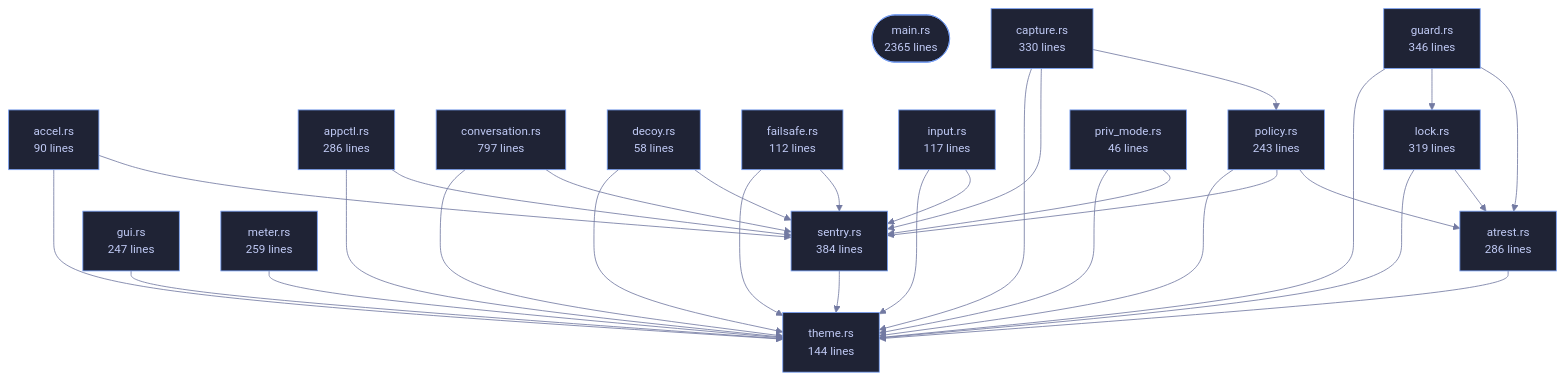
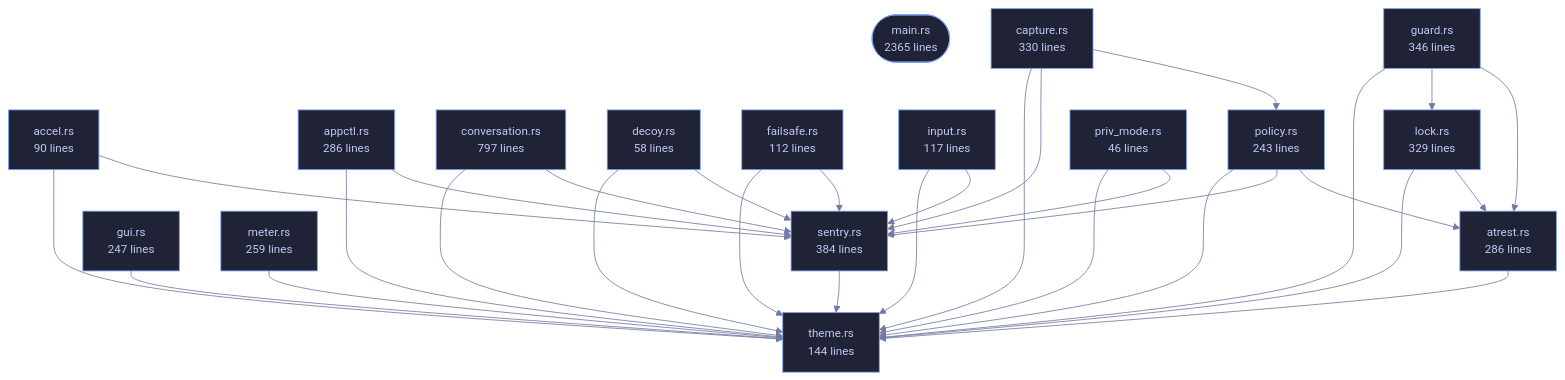
Before and after one commit to tilas01/veilvoice: the diagram in crates/veilvoice-cli/README.md, drawn with Mermaid. The commit also changed other lines of this file and 58 other files, not shown here.

````diff
--- a/crates/veilvoice-cli/README.md
+++ b/crates/veilvoice-cli/README.md
@@ -110,67 +110,67 @@
 ```mermaid
 %%{init: {"theme":"base","themeVariables":{"background":"#1a1b26","primaryColor":"#1f2335","primaryTextColor":"#c0caf5","primaryBorderColor":"#7aa2f7","secondaryColor":"#16161e","tertiaryColor":"#16161e","lineColor":"#737aa2","textColor":"#c0caf5","mainBkg":"#1f2335","nodeBorder":"#7aa2f7","clusterBkg":"#16161e","clusterBorder":"#2f3549","fontFamily":"ui-monospace, SFMono-Regular, Consolas, monospace","fontSize":"14px"}}}%%
 flowchart TD
     n_main(["main.rs<br/>2365 lines"])
     n_accel["accel.rs<br/>90 lines"]
     n_appctl["appctl.rs<br/>286 lines"]
     n_atrest["atrest.rs<br/>286 lines"]
     n_capture["capture.rs<br/>330 lines"]
     n_conversation["conversation.rs<br/>797 lines"]
     n_decoy["decoy.rs<br/>58 lines"]
     n_failsafe["failsafe.rs<br/>112 lines"]
     n_guard["guard.rs<br/>346 lines"]
     n_gui["gui.rs<br/>247 lines"]
     n_input["input.rs<br/>117 lines"]
-    n_lock["lock.rs<br/>319 lines"]
+    n_lock["lock.rs<br/>329 lines"]
     n_meter["meter.rs<br/>259 lines"]
     n_policy["policy.rs<br/>243 lines"]
     n_priv_mode["priv_mode.rs<br/>46 lines"]
     n_sentry["sentry.rs<br/>384 lines"]
     n_theme["theme.rs<br/>144 lines"]
     n_accel --> n_sentry
     n_accel --> n_theme
     n_appctl --> n_sentry
     n_appctl --> n_theme
     n_atrest --> n_theme
     n_capture --> n_policy
     n_capture --> n_sentry
     n_capture --> n_theme
     n_conversation --> n_sentry
     n_conversation --> n_theme
     n_decoy --> n_sentry
     n_decoy --> n_theme
     n_failsafe --> n_sentry
     n_failsafe --> n_theme
     n_guard --> n_atrest
     n_guard --> n_lock
     n_guard --> n_theme
     n_gui --> n_theme
     n_input --> n_sentry
     n_input --> n_theme
     n_lock --> n_atrest
     n_lock --> n_theme
     n_meter --> n_theme
     n_policy --> n_atrest
     n_policy --> n_sentry
     n_policy --> n_theme
     n_priv_mode --> n_sentry
     n_priv_mode --> n_theme
     n_sentry --> n_theme
     click n_main href "https://github.com/tilas01/veilvoice/blob/main/crates/veilvoice-cli/src/main.rs" "open the source"
     click n_accel href "https://github.com/tilas01/veilvoice/blob/main/crates/veilvoice-cli/src/accel.rs" "open the source"
     click n_appctl href "https://github.com/tilas01/veilvoice/blob/main/crates/veilvoice-cli/src/appctl.rs" "open the source"
     click n_atrest href "https://github.com/tilas01/veilvoice/blob/main/crates/veilvoice-cli/src/atrest.rs" "open the source"
     click n_capture href "https://github.com/tilas01/veilvoice/blob/main/crates/veilvoice-cli/src/capture.rs" "open the source"
     click n_conversation href "https://github.com/tilas01/veilvoice/blob/main/crates/veilvoice-cli/src/conversation.rs" "open the source"
     click n_decoy href "https://github.com/tilas01/veilvoice/blob/main/crates/veilvoice-cli/src/decoy.rs" "open the source"
     click n_failsafe href "https://github.com/tilas01/veilvoice/blob/main/crates/veilvoice-cli/src/failsafe.rs" "open the source"
     click n_guard href "https://github.com/tilas01/veilvoice/blob/main/crates/veilvoice-cli/src/guard.rs" "open the source"
     click n_gui href "https://github.com/tilas01/veilvoice/blob/main/crates/veilvoice-cli/src/gui.rs" "open the source"
     click n_input href "https://github.com/tilas01/veilvoice/blob/main/crates/veilvoice-cli/src/input.rs" "open the source"
     click n_lock href "https://github.com/tilas01/veilvoice/blob/main/crates/veilvoice-cli/src/lock.rs" "open the source"
     click n_meter href "https://github.com/tilas01/veilvoice/blob/main/crates/veilvoice-cli/src/meter.rs" "open the source"
     click n_policy href "https://github.com/tilas01/veilvoice/blob/main/crates/veilvoice-cli/src/policy.rs" "open the source"
     click n_priv_mode href "https://github.com/tilas01/veilvoice/blob/main/crates/veilvoice-cli/src/priv_mode.rs" "open the source"
     click n_sentry href "https://github.com/tilas01/veilvoice/blob/main/crates/veilvoice-cli/src/sentry.rs" "open the source"
     click n_theme href "https://github.com/tilas01/veilvoice/blob/main/crates/veilvoice-cli/src/theme.rs" "open the source"
 ```
````
